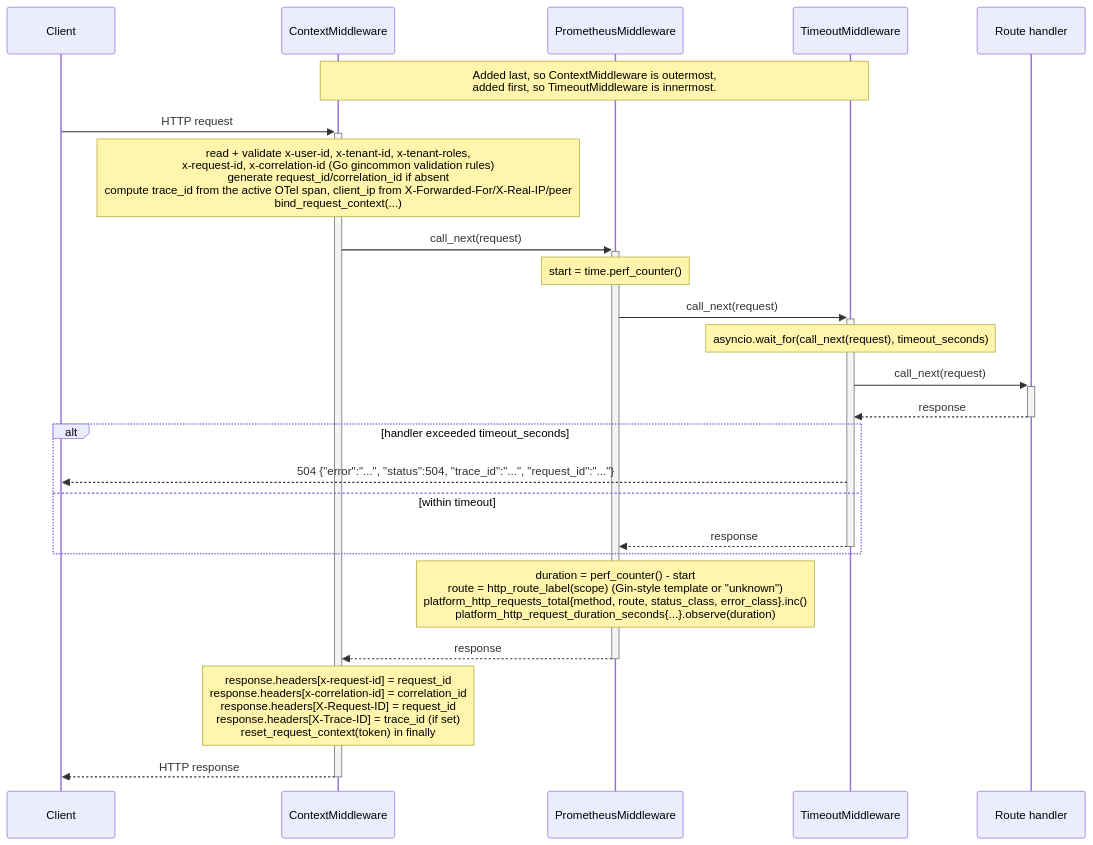
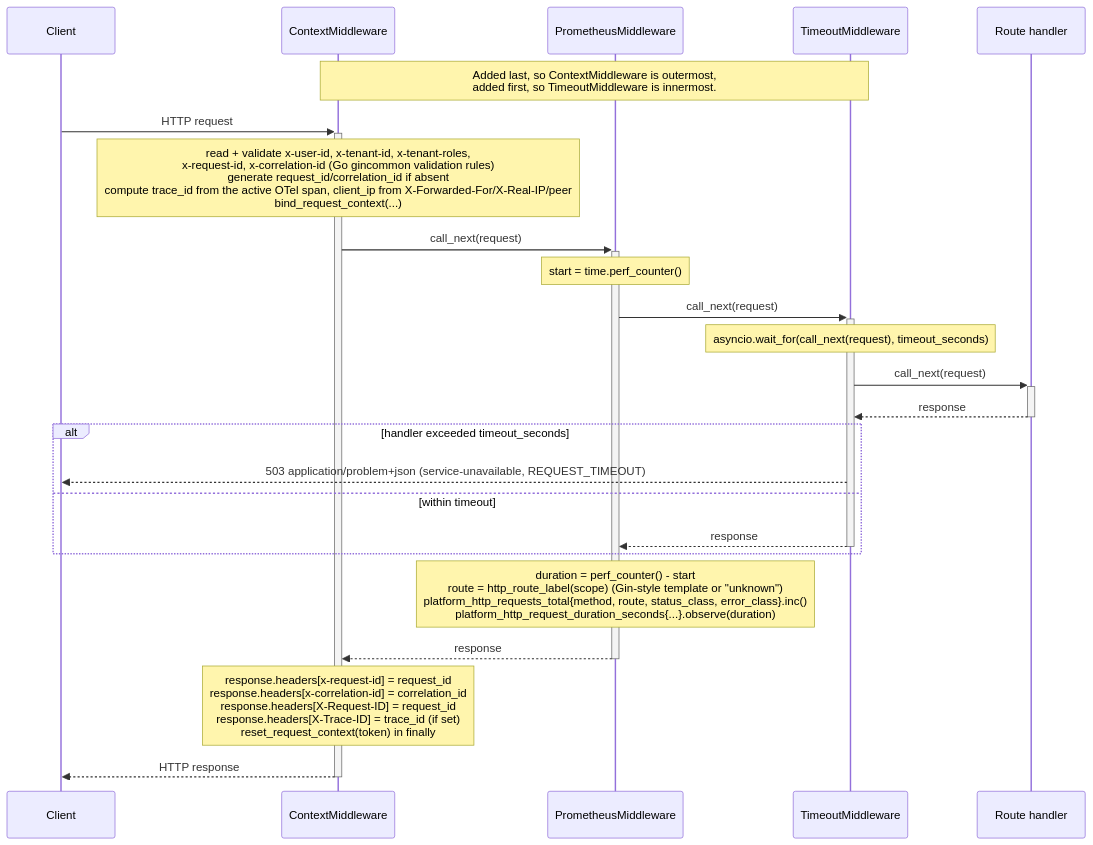
One commit to BCBP-SOLUTIONS-FZC-LLC/platform-fastapicommon changed the diagram in docs/architecture/mermaid/request-flow.mmd. Above: the diagram before and after it, drawn with Mermaid. The commit also changed 21 other files, not shown here.

First line of the commit message:
feat!: RFC 9457 Problem Details error contract (parity with platform-gincommon v2)

```diff
--- a/docs/architecture/mermaid/request-flow.mmd
+++ b/docs/architecture/mermaid/request-flow.mmd
@@ -1,33 +1,33 @@
 sequenceDiagram
     participant Client
     participant CM as ContextMiddleware
     participant PM as PrometheusMiddleware
     participant TM as TimeoutMiddleware
     participant H as Route handler
 
     Note over CM,TM: Added last, so ContextMiddleware is outermost,<br/>added first, so TimeoutMiddleware is innermost.
 
     Client ->>+ CM: HTTP request
     Note over CM: read + validate x-user-id, x-tenant-id, x-tenant-roles,<br/>x-request-id, x-correlation-id (Go gincommon validation rules)<br/>generate request_id/correlation_id if absent<br/>compute trace_id from the active OTel span, client_ip from X-Forwarded-For/X-Real-IP/peer<br/>bind_request_context(...)
 
     CM ->>+ PM: call_next(request)
     Note over PM: start = time.perf_counter()
 
     PM ->>+ TM: call_next(request)
     Note over TM: asyncio.wait_for(call_next(request), timeout_seconds)
 
     TM ->>+ H: call_next(request)
     H -->>- TM: response
 
     alt handler exceeded timeout_seconds
-        TM -->> Client: 504 {"error":"...", "status":504, "trace_id":"...", "request_id":"..."}
+        TM -->> Client: 503 application/problem+json (service-unavailable, REQUEST_TIMEOUT)
     else within timeout
         TM -->>- PM: response
     end
 
     Note over PM: duration = perf_counter() - start<br/>route = http_route_label(scope) (Gin-style template or "unknown")<br/>platform_http_requests_total{method, route, status_class, error_class}.inc()<br/>platform_http_request_duration_seconds{...}.observe(duration)
 
     PM -->>- CM: response
     Note over CM: response.headers[x-request-id] = request_id<br/>response.headers[x-correlation-id] = correlation_id<br/>response.headers[X-Request-ID] = request_id<br/>response.headers[X-Trace-ID] = trace_id (if set)<br/>reset_request_context(token) in finally
 
     CM -->>- Client: HTTP response
```
